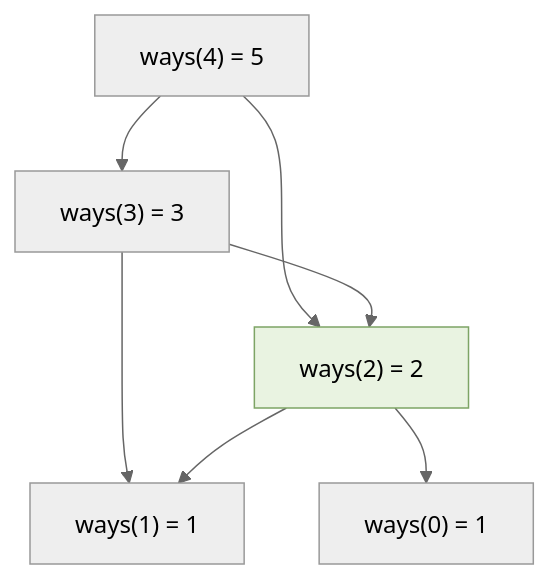
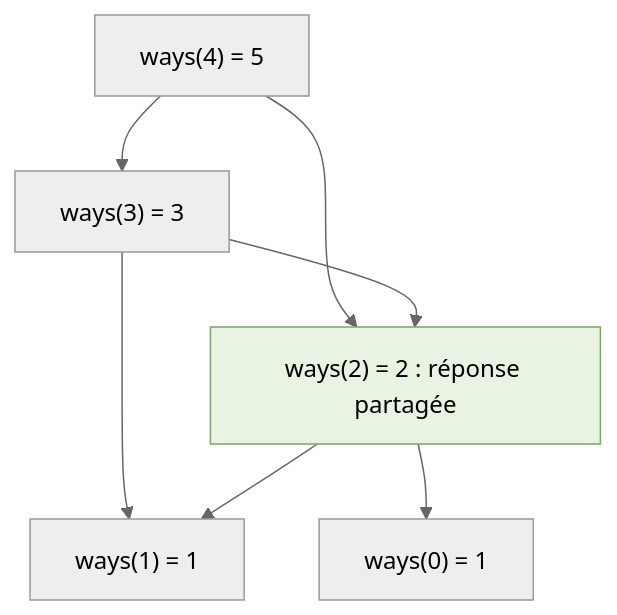
One commit to yannpassy/prepa_algo_odoo changed the third of 10 diagrams in Dynamic_Programming/Programmation_dynamique.md. Above: the diagram before and after it, drawn with Mermaid (neutral theme). The commit also changed other lines of this file, not shown here.

````diff
--- a/Dynamic_Programming/Programmation_dynamique.md
+++ b/Dynamic_Programming/Programmation_dynamique.md
@@ -246,10 +137,10 @@
 ```mermaid
 flowchart TD
     A["ways(4) = 5"] --> B["ways(3) = 3"]
-    A --> C["ways(2) = 2"]
+    A --> C["ways(2) = 2 : réponse partagée"]
     B --> C
     B --> D["ways(1) = 1"]
     C --> D
     C --> E["ways(0) = 1"]
     style C fill:#e9f3e1,stroke:#7da465
 ```
````
